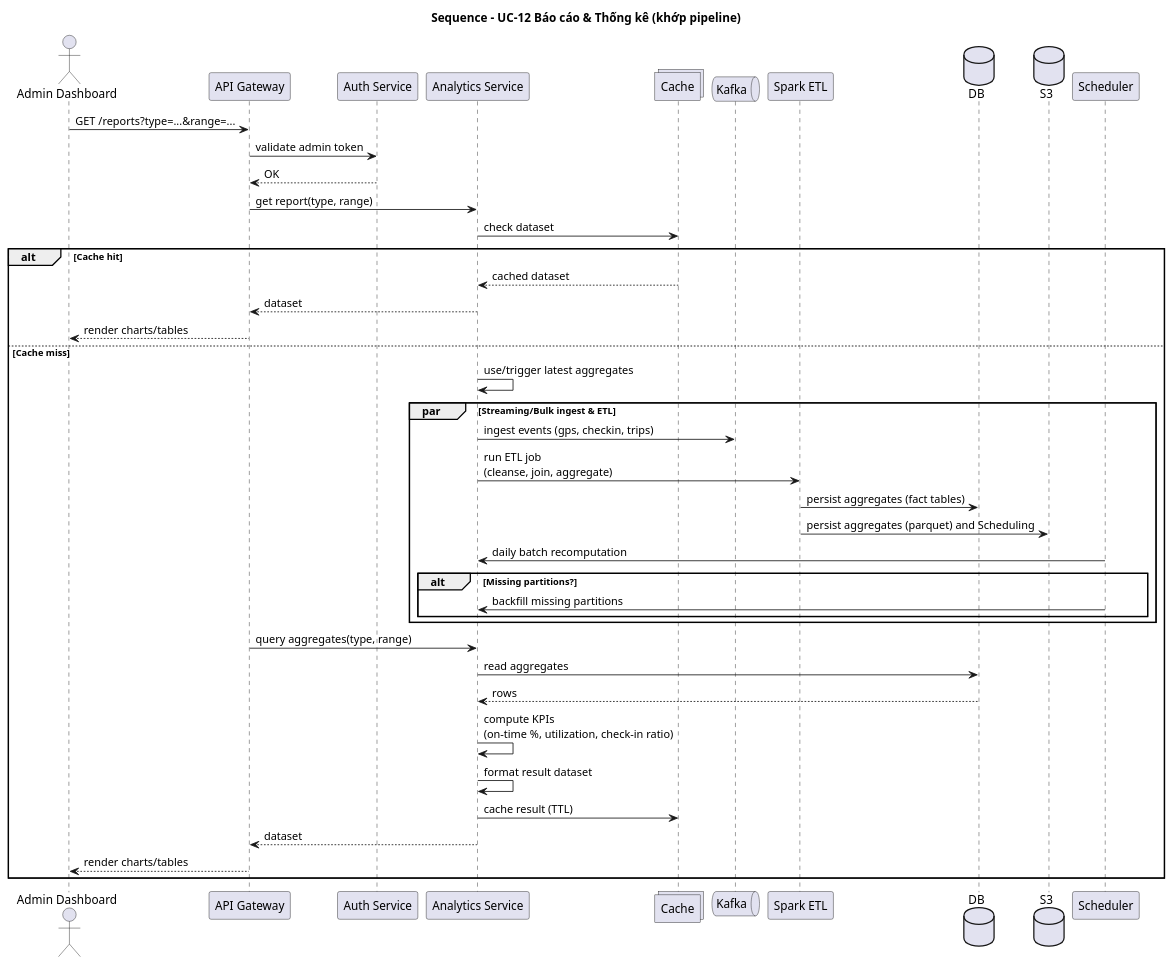
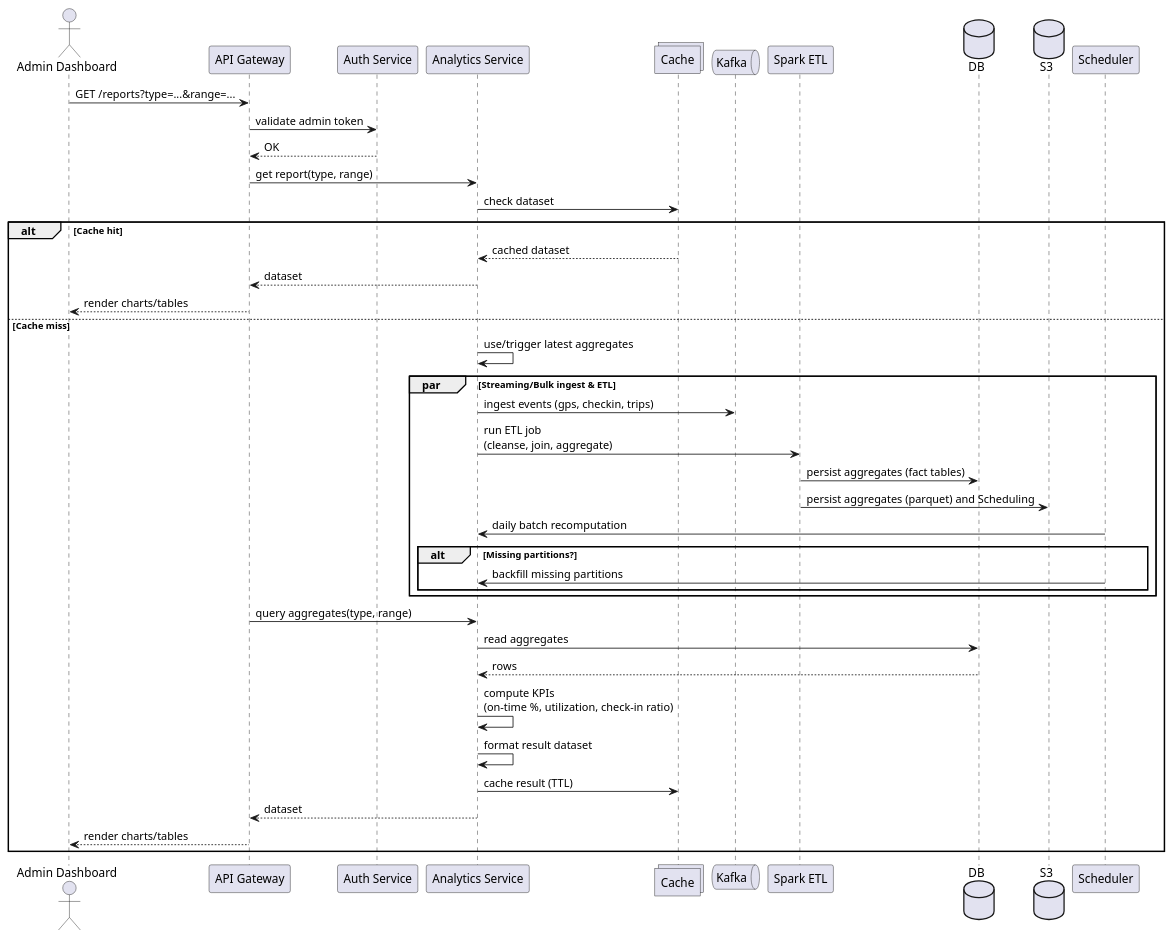
The diagram in docs/uml/sequence/sequence_uc12_reporting.puml (phuongbv00/hust-bus-stop), drawn with PlantUML before and after one commit. The commit also changed 25 other files, not shown here.

Commit message:
docs: update diagrams

```diff
--- a/docs/uml/sequence/sequence_uc12_reporting.puml
+++ b/docs/uml/sequence/sequence_uc12_reporting.puml
@@ -1,58 +1,57 @@
 @startuml
-title Sequence - UC-12 Báo cáo & Thống kê (khớp pipeline)
 actor "Admin Dashboard" as AdminUI
 participant "API Gateway" as API
 participant "Auth Service" as Auth
 participant "Analytics Service" as Analytics
 collections "Cache" as Cache
 queue "Kafka" as Kafka
 participant "Spark ETL" as Spark
 database "DB" as DB
 database "S3" as S3
 participant "Scheduler" as Scheduler
 
 ' 1) User initiates a report request
 AdminUI -> API : GET /reports?type=...&range=...
 API -> Auth : validate admin token
 Auth --> API : OK
 
 ' 2) API requests report from Analytics
 API -> Analytics : get report(type, range)
 
 ' 3) Check cache first
 Analytics -> Cache : check dataset
 alt Cache hit
   Cache --> Analytics : cached dataset
   Analytics --> API : dataset
   API --> AdminUI : render charts/tables
 else Cache miss
   ' 4) Use/Trigger latest aggregates path
   Analytics -> Analytics : use/trigger latest aggregates
   
   ' 5) Parallel data processing & scheduling per pipeline
   par Streaming/Bulk ingest & ETL
     Analytics -> Kafka : ingest events (gps, checkin, trips)
     Analytics -> Spark : run ETL job\n(cleanse, join, aggregate)
     Spark -> DB : persist aggregates (fact tables)
     Spark -> S3 : persist aggregates (parquet) and Scheduling
     Scheduler -> Analytics : daily batch recomputation
     alt Missing partitions?
       Scheduler -> Analytics : backfill missing partitions
     end
   end
 
   ' 6) Query aggregates for the request
   API -> Analytics : query aggregates(type, range)
   Analytics -> DB : read aggregates
   DB --> Analytics : rows
   
   ' 7) Compute KPIs and format
   Analytics -> Analytics : compute KPIs\n(on-time %, utilization, check-in ratio)
   Analytics -> Analytics : format result dataset
   
   ' 8) Cache and return
   Analytics -> Cache : cache result (TTL)
   Analytics --> API : dataset
   API --> AdminUI : render charts/tables
 end
 @enduml
```
